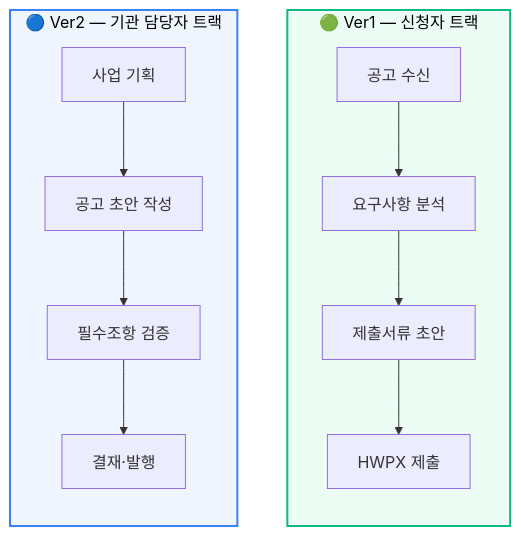
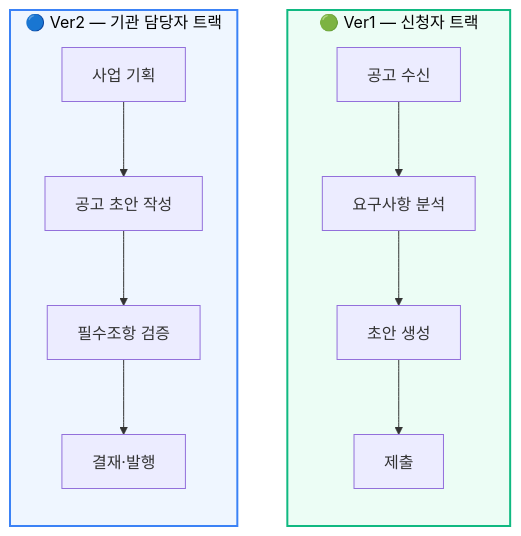
Before and after one commit to mingyugim090-debug/DockLive: the third of 6 diagrams in README.md, drawn with Mermaid. The commit also changed other lines of this file, not shown here.

Commit message:
docs: Production URL 수정 및 다이어그램 크기(레이아웃) 최적화

````diff
--- a/README.md
+++ b/README.md
@@ -208,15 +197,15 @@
 ```mermaid
 flowchart TB
     subgraph V1["🟢 Ver1 — 신청자 트랙"]
         direction TB
-        A1["공고 수신"] --> A2["요구사항 분석"] --> A3["제출서류 초안"] --> A4["HWPX 제출"]
+        A1["공고 수신"] --> A2["요구사항 분석"] --> A3["초안 생성"] --> A4["제출"]
     end
 
     subgraph V2["🔵 Ver2 — 기관 담당자 트랙"]
         direction TB
         B1["사업 기획"] --> B2["공고 초안 작성"] --> B3["필수조항 검증"] --> B4["결재·발행"]
     end
 
     style V1 fill:#ecfdf5,stroke:#10b981,stroke-width:2px,color:#000
     style V2 fill:#eff6ff,stroke:#3b82f6,stroke-width:2px,color:#000
 ```
````
